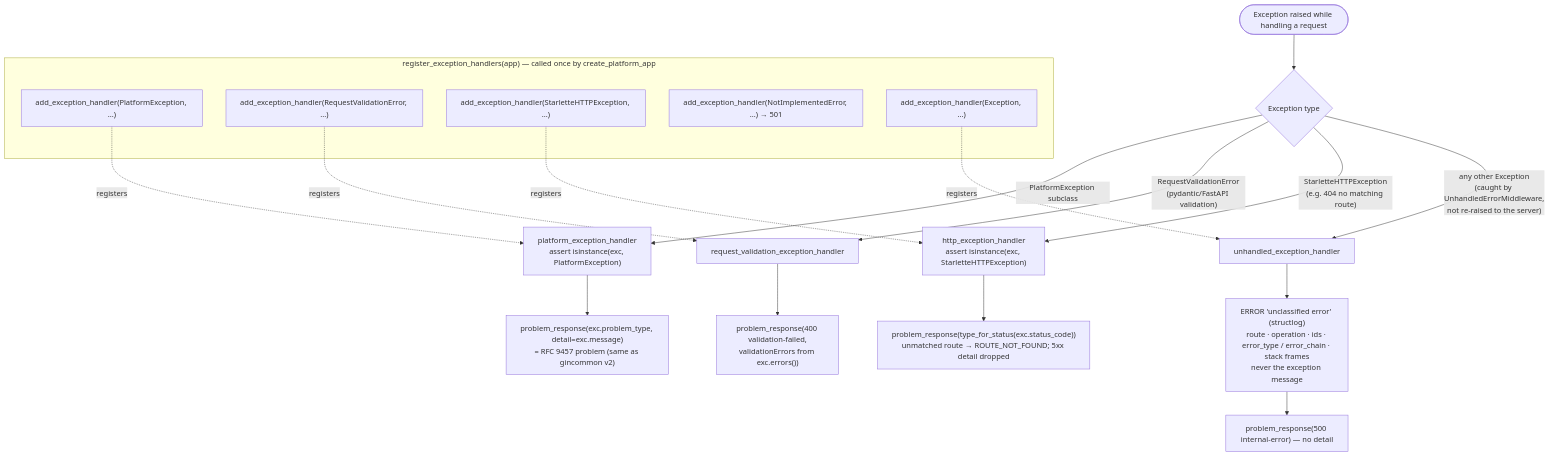
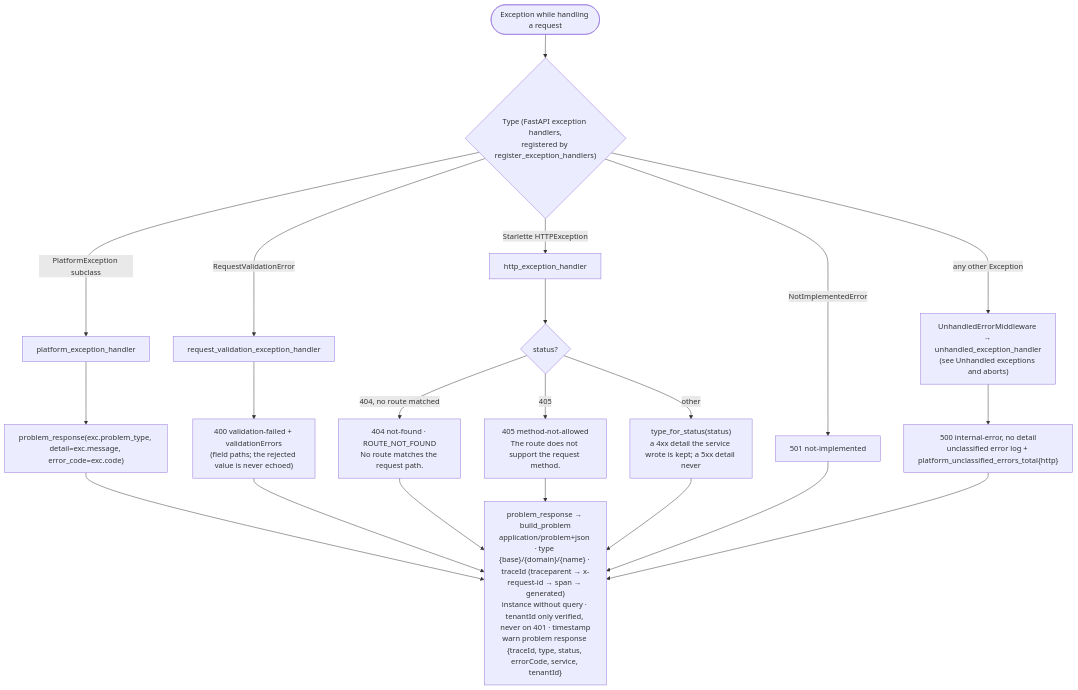
Before and after one commit to BCBP-SOLUTIONS-FZC-LLC/platform-fastapicommon: the diagram in docs/architecture/mermaid/exception-handling-flow.mmd, drawn with Mermaid. The commit also changed 141 other files, not shown here.

First line of the commit message:
feat!: align logs, metrics and traces with platform-gincommon v2; CI/CD port; production-readiness fixes (#25)

```diff
--- a/docs/architecture/mermaid/exception-handling-flow.mmd
+++ b/docs/architecture/mermaid/exception-handling-flow.mmd
@@ -1,28 +1,28 @@
 flowchart TD
-    A(["Exception raised while handling a request"]) --> B{"Exception type"}
+    A(["Exception while handling a request"]) --> B{"Type (FastAPI exception handlers,<br/>registered by register_exception_handlers)"}
 
-    B -->|"PlatformException subclass"| C["platform_exception_handler\nassert isinstance(exc, PlatformException)"]
-    C --> D["problem_response(exc.problem_type, detail=exc.message)\n= RFC 9457 problem (same as gincommon v2)"]
+    B -->|"PlatformException subclass"| C["platform_exception_handler"]
+    C --> D["problem_response(exc.problem_type, detail=exc.message, error_code=exc.code)"]
 
-    B -->|"RequestValidationError\n(pydantic/FastAPI validation)"| E["request_validation_exception_handler"]
-    E --> F["problem_response(400 validation-failed,\nvalidationErrors from exc.errors())"]
+    B -->|"RequestValidationError"| E["request_validation_exception_handler"]
+    E --> F["400 validation-failed + validationErrors<br/>(field paths; the rejected value is never echoed)"]
 
-    B -->|"StarletteHTTPException\n(e.g. 404 no matching route)"| G["http_exception_handler\nassert isinstance(exc, StarletteHTTPException)"]
-    G --> H["problem_response(type_for_status(exc.status_code))\nunmatched route → ROUTE_NOT_FOUND; 5xx detail dropped"]
+    B -->|"Starlette HTTPException"| G["http_exception_handler"]
+    G --> G1{"status?"}
+    G1 -->|"404, no route matched"| G2["404 not-found · ROUTE_NOT_FOUND<br/>No route matches the request path."]
+    G1 -->|"405"| G3["405 method-not-allowed<br/>The route does not support the request method."]
+    G1 -->|"other"| G4["type_for_status(status)<br/>a 4xx detail the service wrote is kept; a 5xx detail never"]
 
-    B -->|"any other Exception\n(caught by UnhandledErrorMiddleware,\nnot re-raised to the server)"| I["unhandled_exception_handler"]
-    I --> J["ERROR 'unclassified error' (structlog)\nroute · operation · ids · error_type / error_chain · stack frames\nnever the exception message"]
-    J --> K["problem_response(500 internal-error) — no detail"]
+    B -->|"NotImplementedError"| N["501 not-implemented"]
 
-    subgraph reg["register_exception_handlers(app) — called once by create_platform_app"]
-        R1["add_exception_handler(PlatformException, ...)"]
-        R2["add_exception_handler(RequestValidationError, ...)"]
-        R3["add_exception_handler(StarletteHTTPException, ...)"]
-        R4["add_exception_handler(NotImplementedError, ...) → 501"]
-        R5["add_exception_handler(Exception, ...)"]
-    end
+    B -->|"any other Exception"| I["UnhandledErrorMiddleware → unhandled_exception_handler<br/>(see Unhandled exceptions and aborts)"]
+    I --> J["500 internal-error, no detail<br/>unclassified error log + platform_unclassified_errors_total{http}"]
 
-    R1 -.->|"registers"| C
-    R2 -.->|"registers"| E
-    R3 -.->|"registers"| G
-    R5 -.->|"registers"| I
+    D --> P
+    F --> P
+    G2 --> P
+    G3 --> P
+    G4 --> P
+    N --> P
+    J --> P
+    P["problem_response → build_problem<br/>application/problem+json · type {base}/{domain}/{name} · traceId (traceparent → x-request-id → span → generated)<br/>instance without query · tenantId only verified, never on 401 · timestamp<br/>warn problem response {traceId, type, status, errorCode, service, tenantId}"]
```
